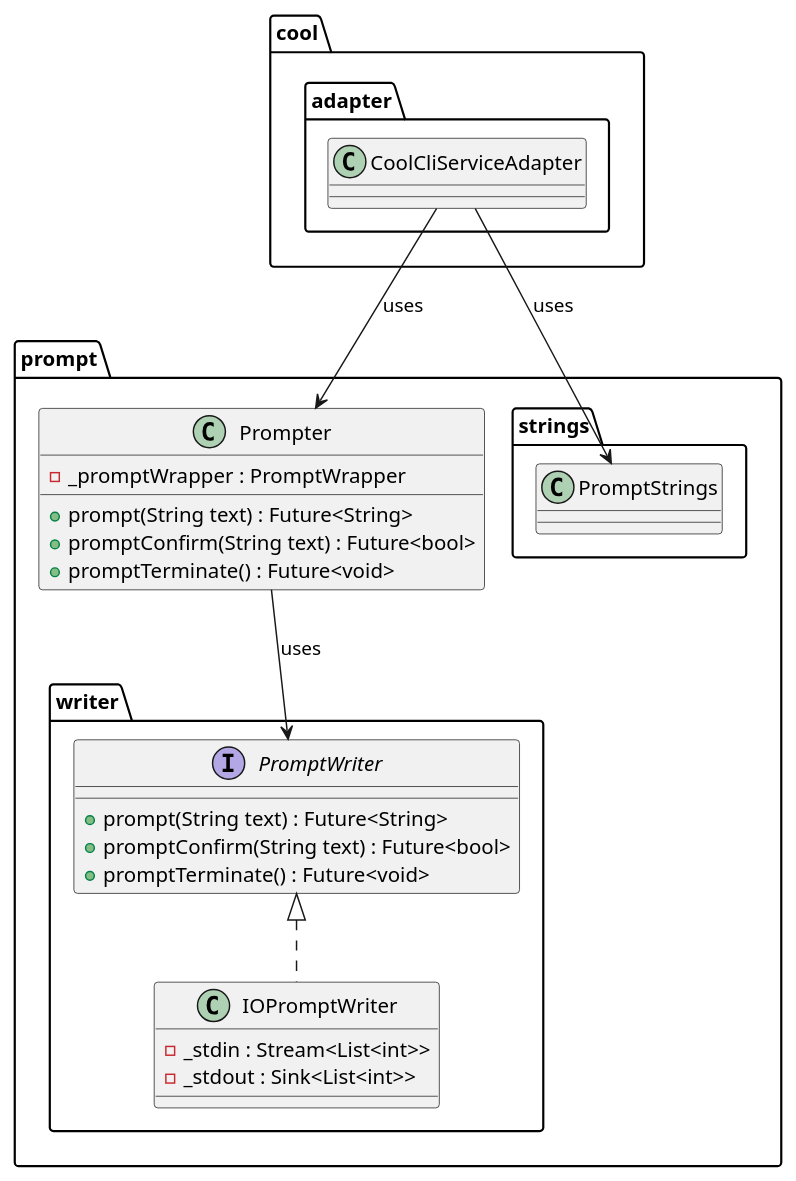
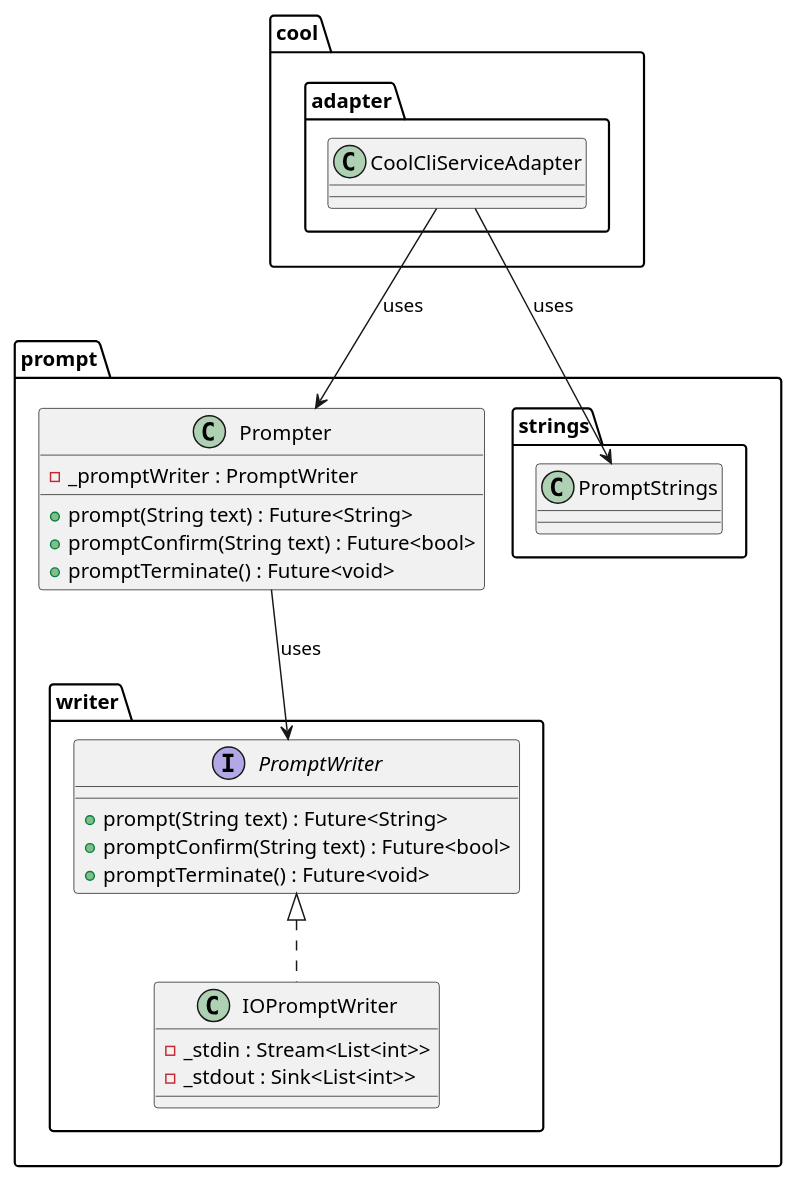
Before and after one commit to Flank/flank-dashboard: the diagram in metrics/cli/docs/diagrams/prompt_class_diagram.puml, drawn with PlantUML. The commit also changed 3 other files, not shown here.

```diff
--- a/metrics/cli/docs/diagrams/prompt_class_diagram.puml
+++ b/metrics/cli/docs/diagrams/prompt_class_diagram.puml
@@ -1,40 +1,40 @@
 @startuml prompt_class_diagram
 
 package prompt {
     package writer {
         interface PromptWriter {
             + prompt(String text) : Future<String>
             + promptConfirm(String text) : Future<bool>
             + promptTerminate() : Future<void>
         }
 
         class IOPromptWriter implements PromptWriter{
             - _stdin : Stream<List<int>>
             - _stdout : Sink<List<int>>
         }
     }
 
     package strings {
         class PromptStrings{}
     }
 
     class Prompter {
-        - _promptWrapper : PromptWrapper
+        - _promptWriter : PromptWriter
         + prompt(String text) : Future<String>
         + promptConfirm(String text) : Future<bool>
         + promptTerminate() : Future<void>
     }
 }
 
 package cool.adapter {
     class CoolCliServiceAdapter {
 
     }
 }
 
 Prompter --> PromptWriter : uses
 
 CoolCliServiceAdapter --> Prompter : uses
 CoolCliServiceAdapter --> PromptStrings : uses
 
 @enduml
```
